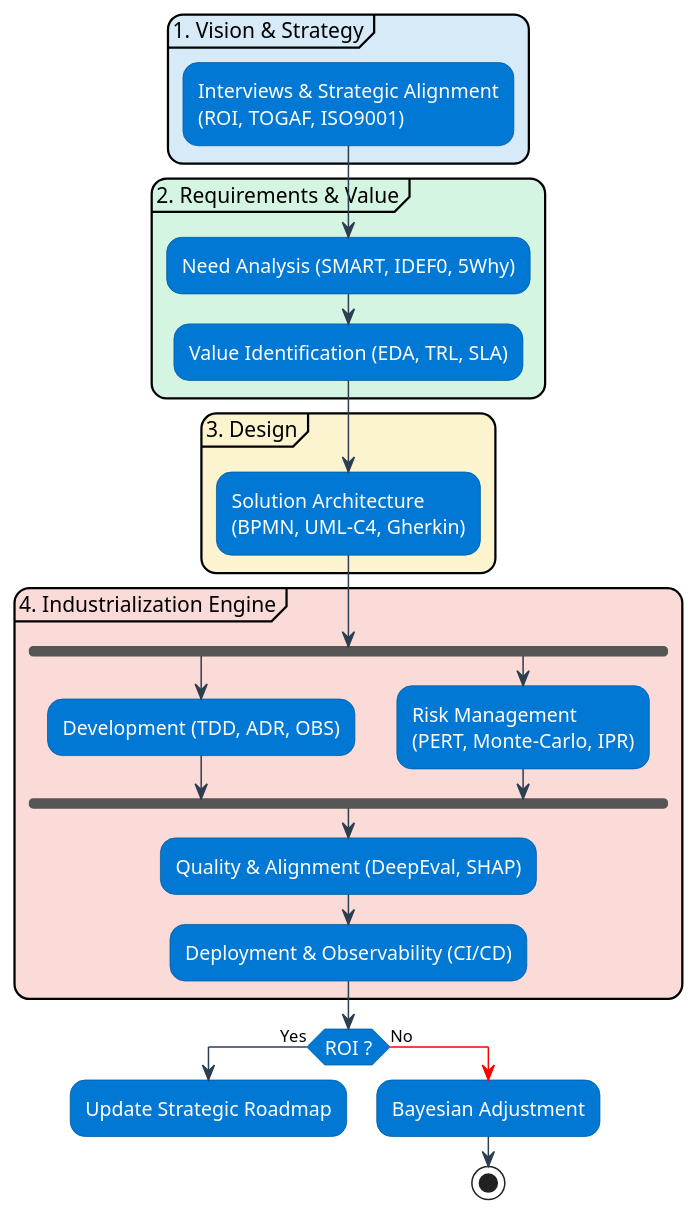
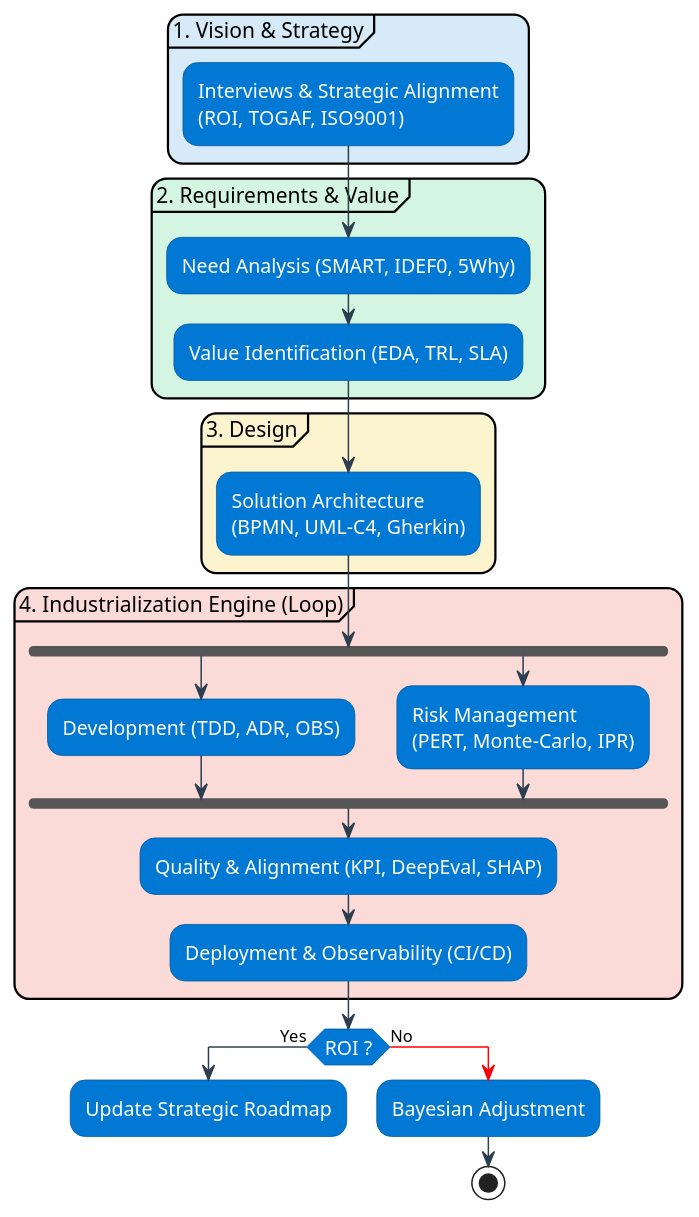
One commit to fabienfrfr/off-topic changed the diagram in CERTIF/FRAMEWORK/fig/0.puml. Above: the diagram before and after it, drawn with PlantUML.

Commit message:
complete framework scheme

```diff
--- a/CERTIF/FRAMEWORK/fig/0.puml
+++ b/CERTIF/FRAMEWORK/fig/0.puml
@@ -1,48 +1,48 @@
 @startuml
 skinparam backgroundColor white
 skinparam roundcorner 20
 skinparam arrowColor #2C3E50
 
 ' Style des étapes
 skinparam activity {
     BackgroundColor #0078D4
     BorderColor #005A9E
     FontColor white
     FontSize 13
 }
 
 partition "1. Vision & Strategy" #D6EAF8 {
     :Interviews & Strategic Alignment\n(ROI, TOGAF, ISO9001);
 }
 
 partition "2. Requirements & Value" #D5F5E3 {
     :Need Analysis (SMART, IDEF0, 5Why);
     :Value Identification (EDA, TRL, SLA);
 }
 
 partition "3. Design" #FCF3CF {
     :Solution Architecture\n(BPMN, UML-C4, Gherkin);
 }
 
-partition "4. Industrialization Engine" #FADBD8 {
+partition "4. Industrialization Engine (Loop)" #FADBD8 {
     fork
         :Development (TDD, ADR, OBS);
     fork again
         :Risk Management\n(PERT, Monte-Carlo, IPR);
     end fork
 
-    :Quality & Alignment (DeepEval, SHAP);
+    :Quality & Alignment (KPI, DeepEval, SHAP);
     :Deployment & Observability (CI/CD);
 }
 
 ' Boucle de Feedback
 if (ROI ?) then (Yes)
     :Update Strategic Roadmap;
     detach
 else (No)
     -[#red]->
     :Bayesian Adjustment;
     stop
 endif
 
 @enduml
```
